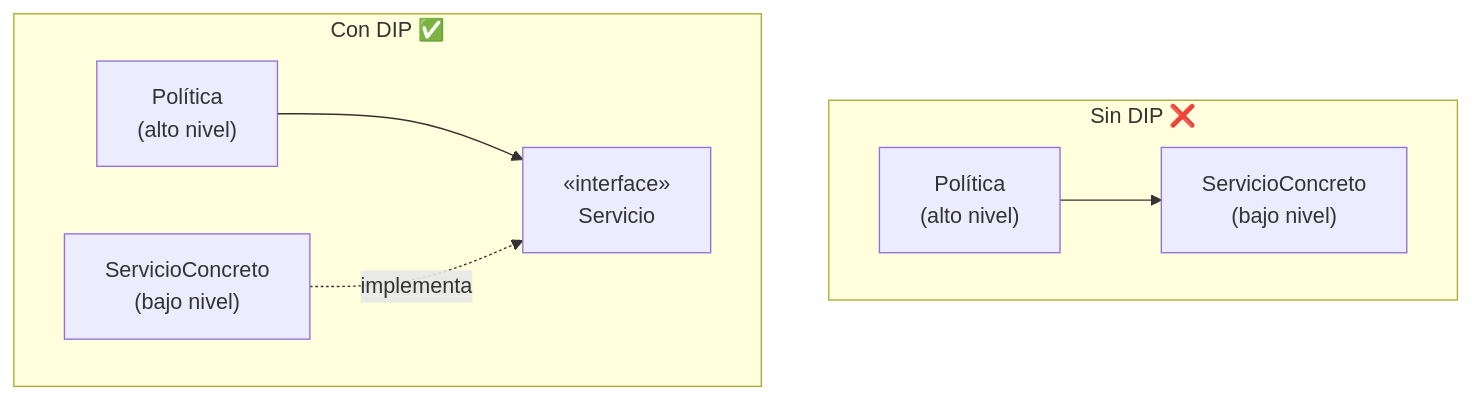
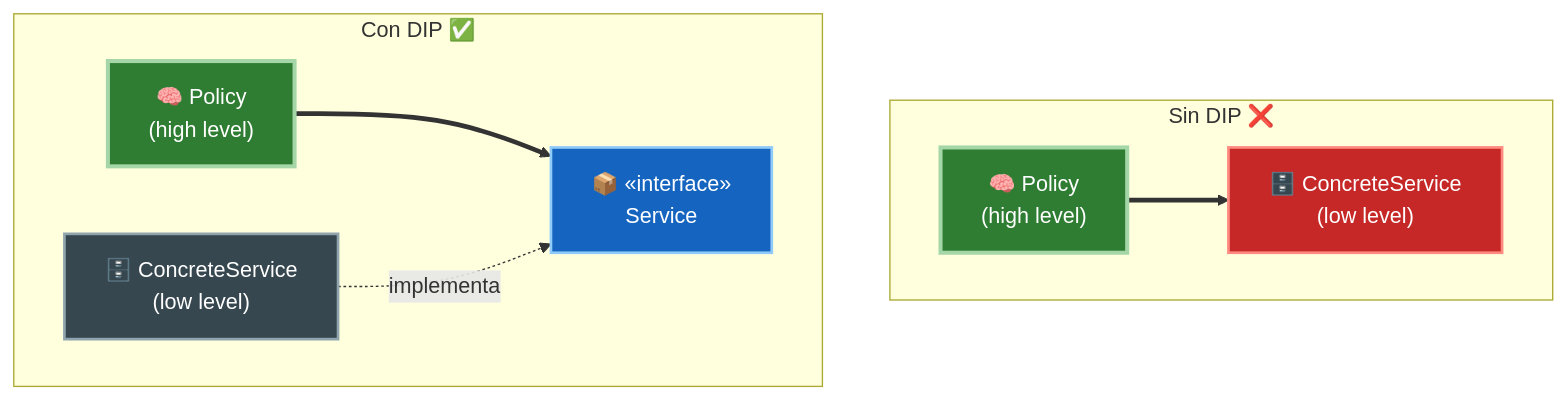
The first of 3 diagrams in 03-principios-solid/05-dip-dependency-inversion.md (JavierMachucaA/clean-architecture-guia), drawn with Mermaid before and after one commit. The commit also changed other lines of this file and 45 other files, not shown here.

````diff
--- a/03-principios-solid/05-dip-dependency-inversion.md
+++ b/03-principios-solid/05-dip-dependency-inversion.md
@@ -30,11 +30,17 @@
 ```mermaid
 flowchart TD
     subgraph SIN["Sin DIP ❌"]
-        A1["Política<br/>(alto nivel)"] --> B1["ServicioConcreto<br/>(bajo nivel)"]
+        A1["🧠 Policy<br/>(high level)"] ==> B1["🗄️ ConcreteService<br/>(low level)"]
     end
 
     subgraph CON["Con DIP ✅"]
-        A2["Política<br/>(alto nivel)"] --> I["«interface»<br/>Servicio"]
-        B2["ServicioConcreto<br/>(bajo nivel)"] -.implementa.-> I
+        A2["🧠 Policy<br/>(high level)"] ==> I["📦 «interface»<br/>Service"]
+        B2["🗄️ ConcreteService<br/>(low level)"] -.implementa.-> I
     end
+
+    style A1 fill:#2e7d32,stroke:#a5d6a7,color:#fff,stroke-width:3px
+    style B1 fill:#c62828,stroke:#ff8a80,color:#fff,stroke-width:2px
+    style A2 fill:#2e7d32,stroke:#a5d6a7,color:#fff,stroke-width:3px
+    style I fill:#1565c0,stroke:#90caf9,color:#fff,stroke-width:2px
+    style B2 fill:#37474f,stroke:#90a4ae,color:#fff,stroke-width:2px
 ```
````
